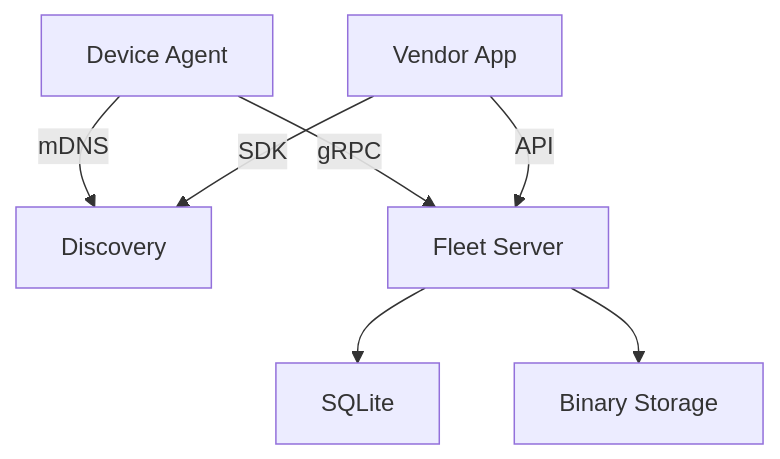
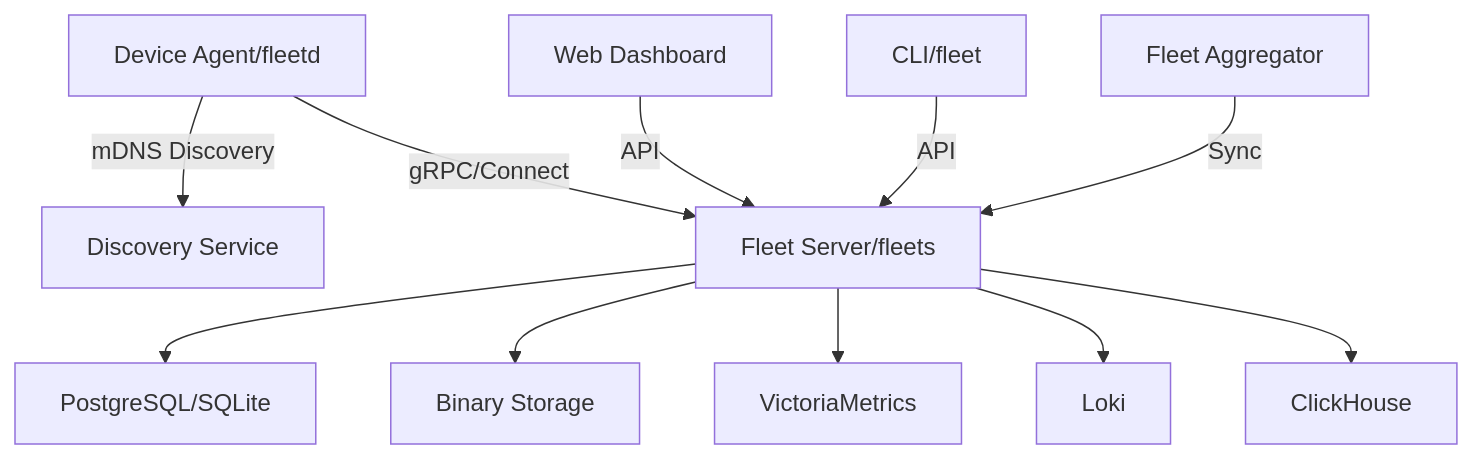
One commit to fleetd-sh/fleetd changed the diagram in README.md. Above: the diagram before and after it, drawn with Mermaid. The commit also changed other lines of this file and 1 other file, not shown here.

````diff
--- a/README.md
+++ b/README.md
@@ -14,9 +12,13 @@
 ```mermaid
 graph TD
-    A[Device Agent] -->|mDNS| B[Discovery]
-    A -->|gRPC| C[Fleet Server]
-    C --> D[SQLite]
+    A[Device Agent/fleetd] -->|mDNS Discovery| B[Discovery Service]
+    A -->|gRPC/Connect| C[Fleet Server/fleets]
+    C --> D[PostgreSQL/SQLite]
     C --> E[Binary Storage]
-    F[Vendor App] -->|SDK| B
-    F -->|API| C
+    C --> F[VictoriaMetrics]
+    C --> G[Loki]
+    C --> H[ClickHouse]
+    I[Web Dashboard] -->|API| C
+    J[CLI/fleet] -->|API| C
+    K[Fleet Aggregator] -->|Sync| C
 ```
````
